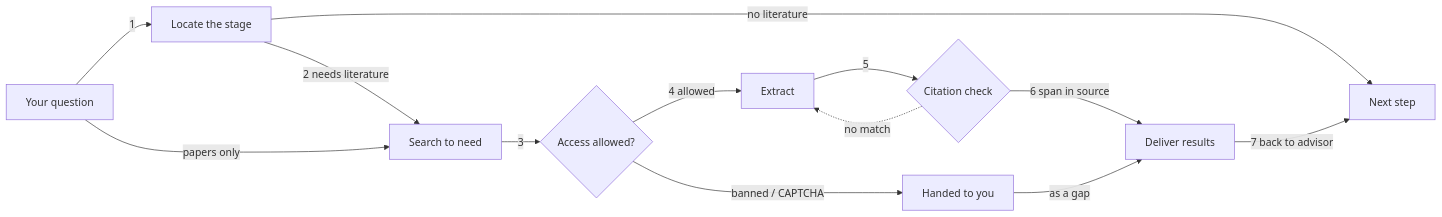
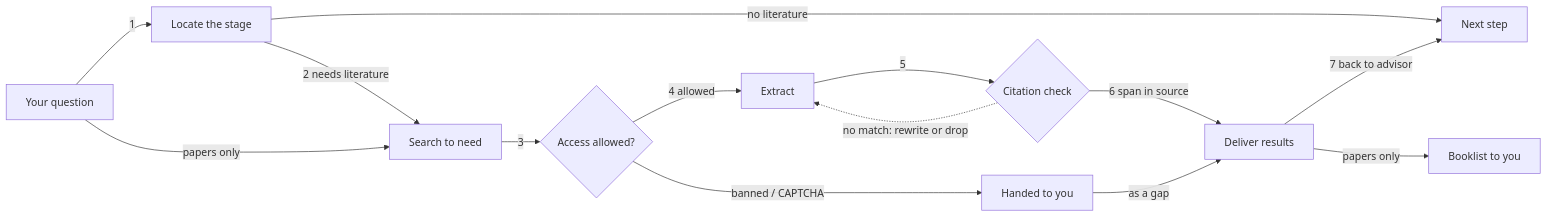
Before and after one commit to WizerdBaChe/research-advisor-kit: the diagram in README.en.md, drawn with Mermaid. The commit also changed other lines of this file and 4 other files, not shown here.

Commit message:
docs: align flow text, mapping tables and notices with the corrected figure

````diff
--- a/README.en.md
+++ b/README.en.md
@@ -128,15 +128,16 @@
 ```mermaid
 flowchart LR
   Q[Your question] -->|1| A[Locate the stage]
   A -->|no literature| D[Next step]
   A -->|2 needs literature| L[Search to need]
   Q -->|papers only| L
   L -->|3| H{Access allowed?}
   H -->|4 allowed| X[Extract]
   H -->|banned / CAPTCHA| U[Handed to you]
   X -->|5| C{Citation check}
-  C -.->|no match| X
+  C -.->|no match: rewrite or drop| X
   C -->|6 span in source| R[Deliver results]
   U -->|as a gap| R
   R -->|7 back to advisor| D
+  R -->|papers only| O[Booklist to you]
 ```
````
